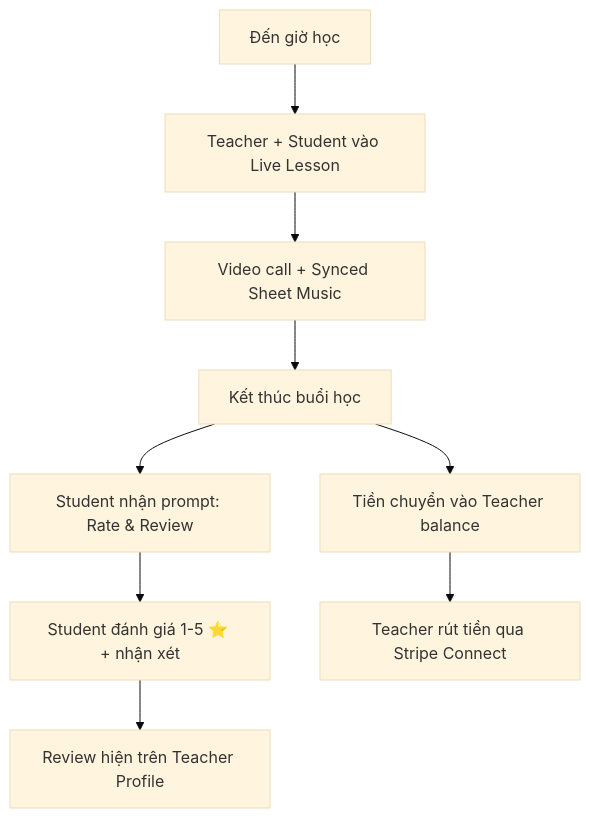
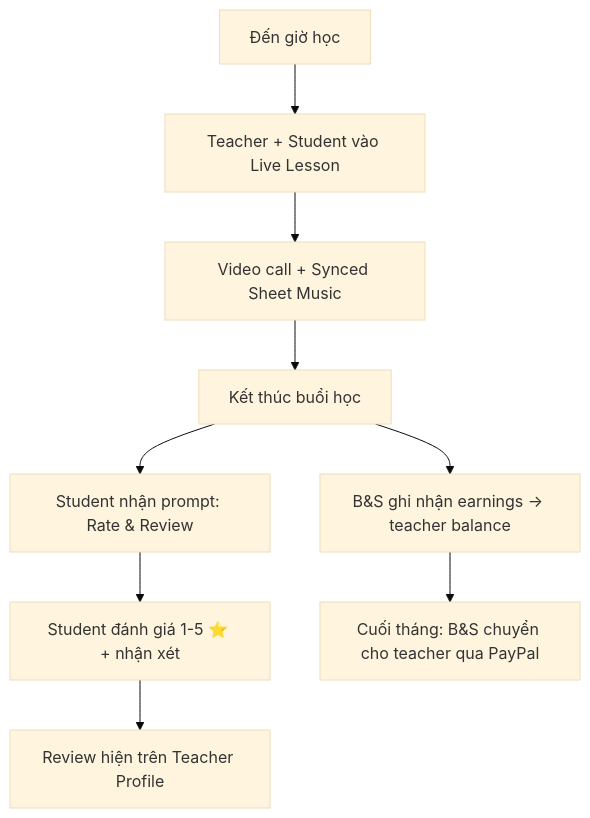
Before and after one commit to trungtrungkang/backing-score: the third of 4 diagrams in docs/main/marketplace_design.md, drawn with Mermaid (base theme). The commit also changed other lines of this file and 2 other files, not shown here.

First line of the commit message:
docs: replace Stripe Connect with LemonSqueezy payment architecture

````diff
--- a/docs/main/marketplace_design.md
+++ b/docs/main/marketplace_design.md
@@ -218,11 +218,11 @@
 ```mermaid
 flowchart TD
     A[Đến giờ học] --> B[Teacher + Student vào Live Lesson]
     B --> C[Video call + Synced Sheet Music]
     C --> D[Kết thúc buổi học]
     D --> E[Student nhận prompt: Rate & Review]
     E --> F[Student đánh giá 1-5 ⭐ + nhận xét]
     F --> G[Review hiện trên Teacher Profile]
-    D --> H[Tiền chuyển vào Teacher balance]
-    H --> I[Teacher rút tiền qua Stripe Connect]
+    D --> H[B&S ghi nhận earnings → teacher balance]
+    H --> I[Cuối tháng: B&S chuyển cho teacher qua PayPal]
 ```
````
